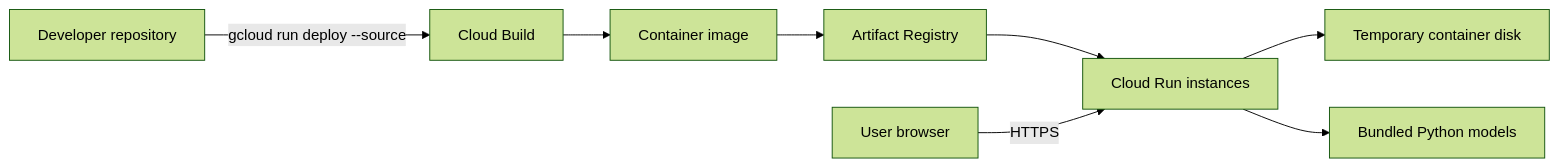
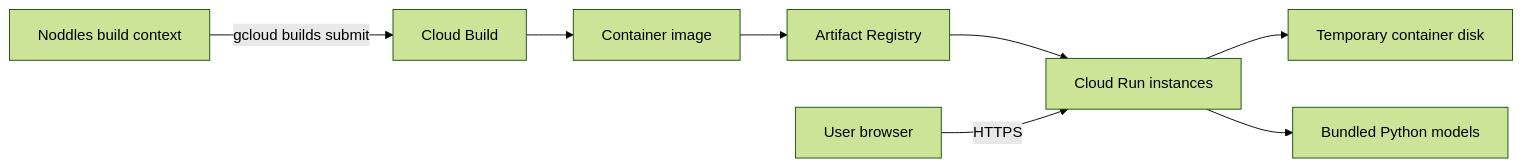
The second of 3 diagrams in Noddles/DATA_PIPELINE_DESIGN.md (zaru-noodles/nebula-x-noddles), drawn with Mermaid (forest theme) before and after one commit. The commit also changed other lines of this file and 7 other files, not shown here.

````diff
--- a/Noddles/DATA_PIPELINE_DESIGN.md
+++ b/Noddles/DATA_PIPELINE_DESIGN.md
@@ -145,10 +146,10 @@
 ```mermaid
 flowchart LR
-    A[Developer repository] -->|gcloud run deploy --source| B[Cloud Build]
+    A[Noddles build context] -->|gcloud builds submit| B[Cloud Build]
     B --> C[Container image]
     C --> D[Artifact Registry]
     D --> E[Cloud Run instances]
     F[User browser] -->|HTTPS| E
     E --> G[Temporary container disk]
     E --> H[Bundled Python models]
 ```
````
